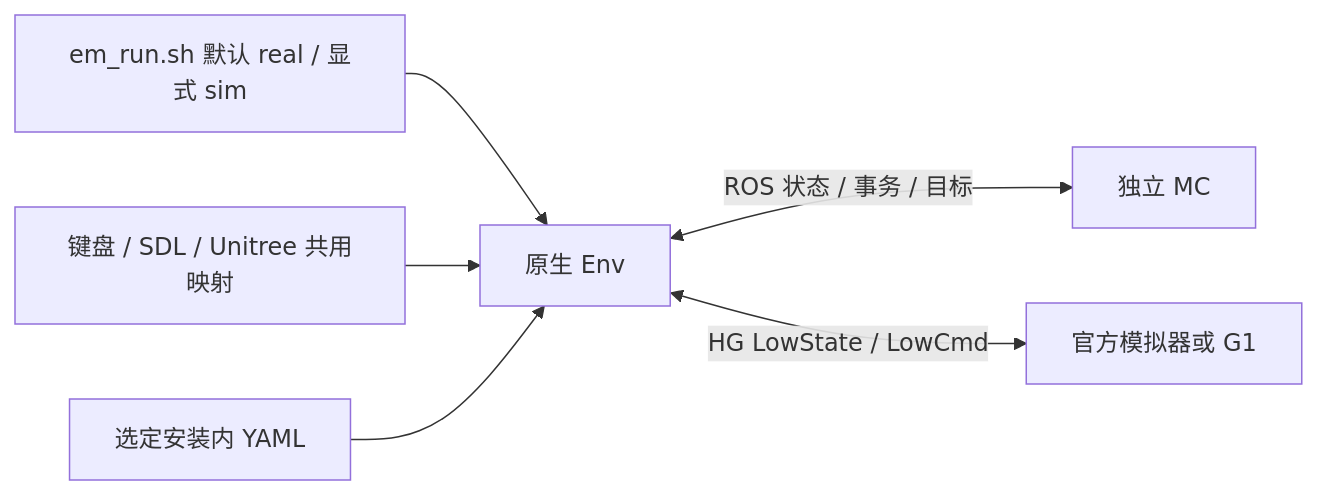
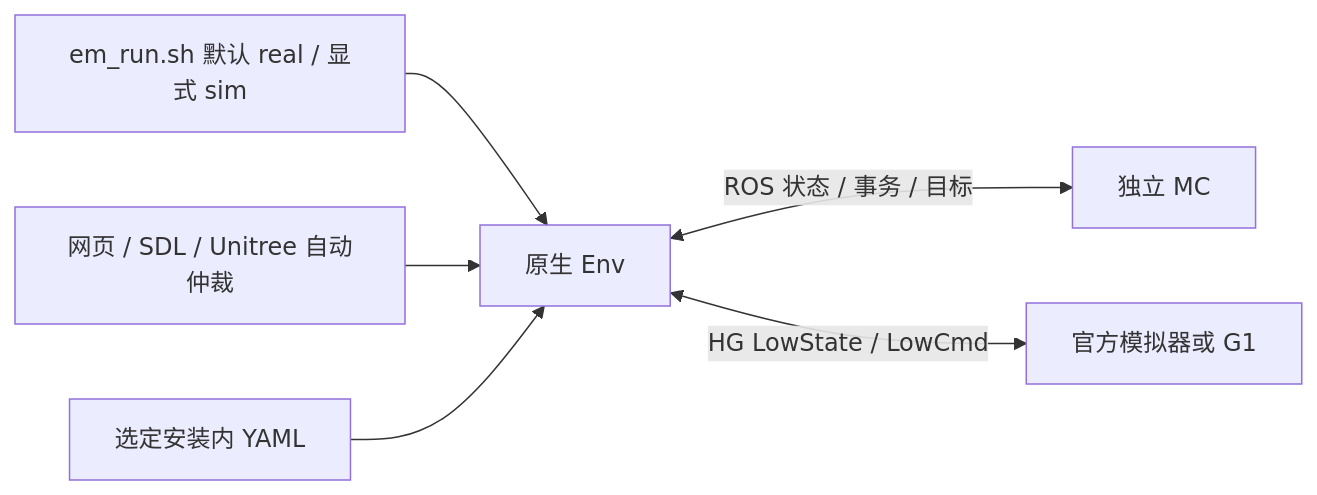
One commit to zdYukino/anakin_env changed the diagram in README.md. Above: the diagram before and after it, drawn with Mermaid. The commit also changed other lines of this file and 75 other files, not shown here.

````diff
--- a/README.md
+++ b/README.md
@@ -33,8 +36,8 @@
 ```mermaid
 flowchart LR
     Launch[em_run.sh 默认 real / 显式 sim] --> Native[原生 Env]
-    Inputs[键盘 / SDL / Unitree 共用映射] --> Native
+    Inputs[网页 / SDL / Unitree 自动仲裁] --> Native
     Config[选定安装内 YAML] --> Native
     Native <-->|ROS 状态 / 事务 / 目标| MC[独立 MC]
     Native <-->|HG LowState / LowCmd| Backend[官方模拟器或 G1]
 ```
````
